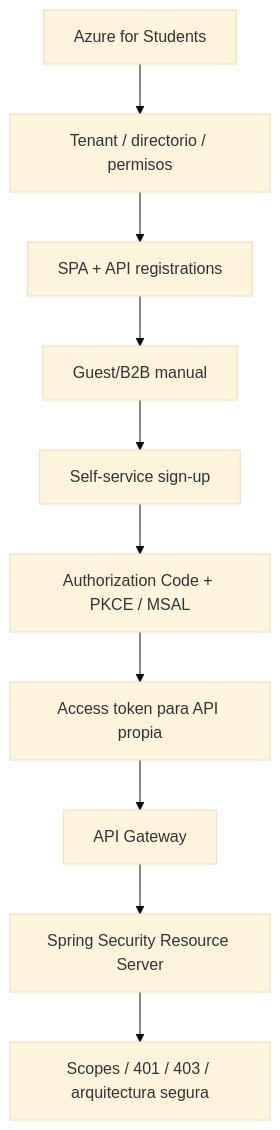
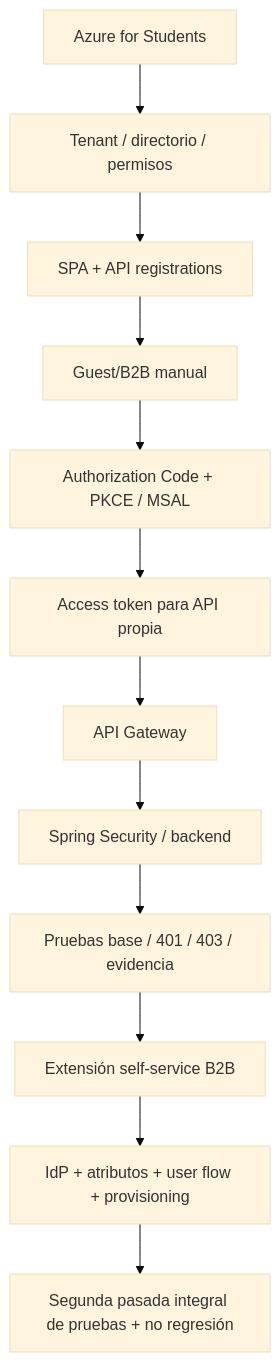
The third of 3 diagrams in README.md (cmartinezs/DSY1107-DESARROLLO-CLOUD-NATIVE-I-2026-2), drawn with Mermaid (base theme) before and after one commit. The commit also changed other lines of this file, not shown here.

Commit message:
docs: align course identity route with self-service extension order

````diff
--- a/README.md
+++ b/README.md
@@ -148,12 +149,14 @@
 ```mermaid
 flowchart TD
     A[Azure for Students] --> B[Tenant / directorio / permisos]
     B --> C[SPA + API registrations]
     C --> D[Guest/B2B manual]
-    D --> E[Self-service sign-up]
-    E --> F[Authorization Code + PKCE / MSAL]
-    F --> G[Access token para API propia]
-    G --> H[API Gateway]
-    H --> I[Spring Security Resource Server]
-    I --> J[Scopes / 401 / 403 / arquitectura segura]
+    D --> E[Authorization Code + PKCE / MSAL]
+    E --> F[Access token para API propia]
+    F --> G[API Gateway]
+    G --> H[Spring Security / backend]
+    H --> I[Pruebas base / 401 / 403 / evidencia]
+    I --> J[Extensión self-service B2B]
+    J --> K[IdP + atributos + user flow + provisioning]
+    K --> L[Segunda pasada integral de pruebas + no regresión]
 ```
````
